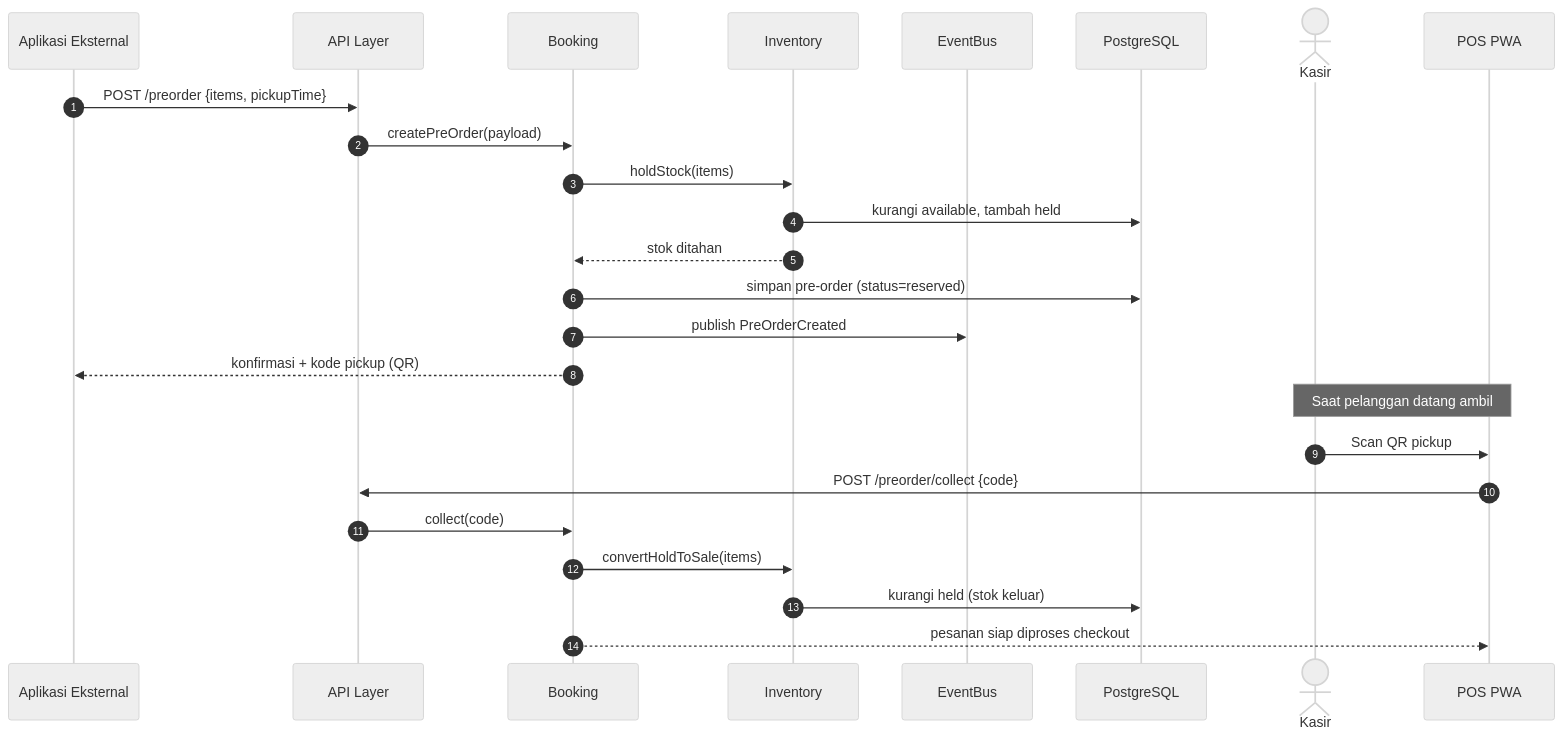
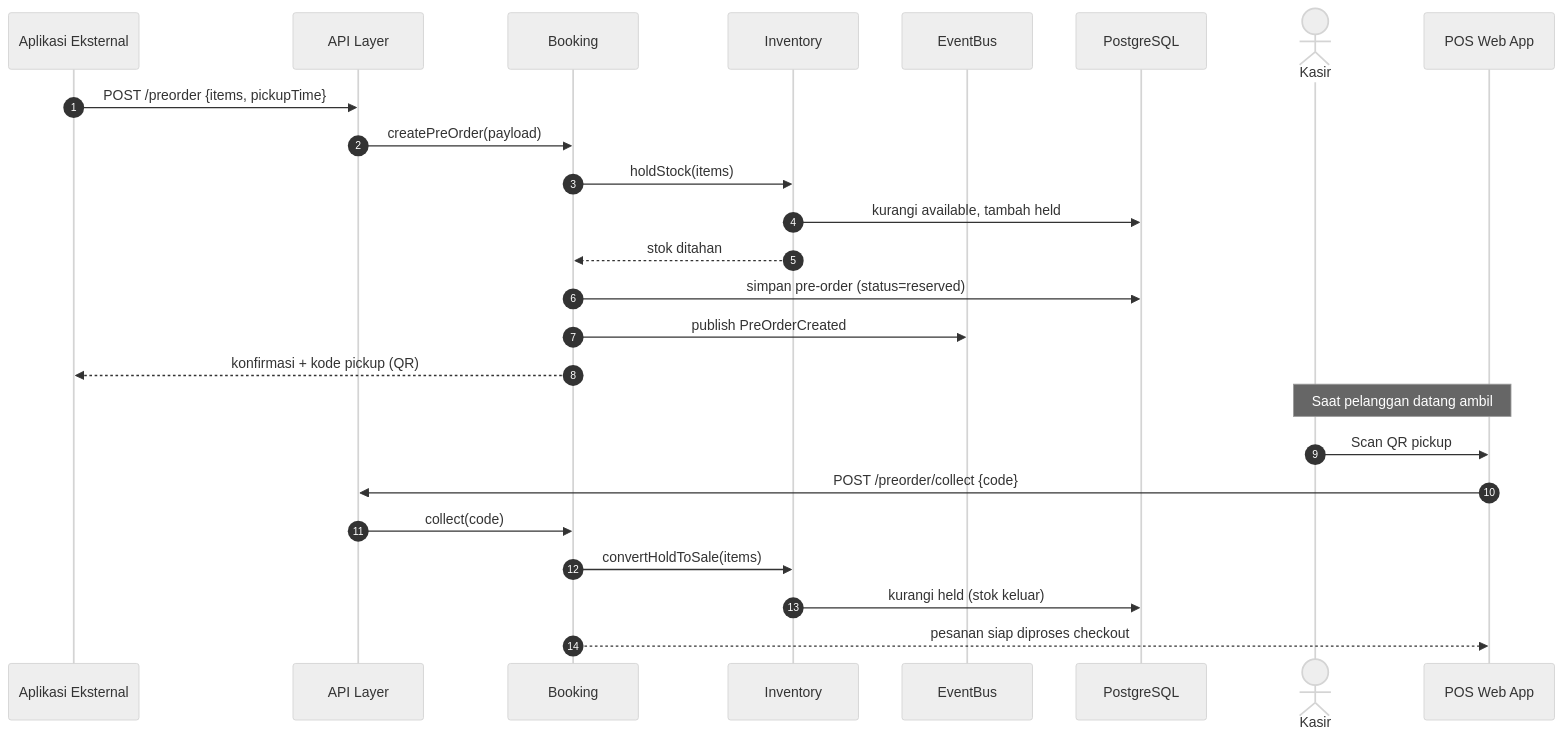
One commit to whaone/POS2026 changed diagram 25 of 31 in Sequence_Diagram.md. Above: the diagram before and after it, drawn with Mermaid (neutral theme). The commit also changed other lines of this file and 3 other files, not shown here.

````diff
--- a/Sequence_Diagram.md
+++ b/Sequence_Diagram.md
@@ -793,29 +852,29 @@
 ```mermaid
 sequenceDiagram
     autonumber
     participant EXT as Aplikasi Eksternal
     participant API as API Layer
     participant BOK as Booking
     participant INV as Inventory
     participant BUS as EventBus
     participant DB as PostgreSQL
     actor Kasir
-    participant PWA as POS PWA
+    participant POS as POS Web App
  
     EXT->>API: POST /preorder {items, pickupTime}
     API->>BOK: createPreOrder(payload)
     BOK->>INV: holdStock(items)
     INV->>DB: kurangi available, tambah held
     INV-->>BOK: stok ditahan
     BOK->>DB: simpan pre-order (status=reserved)
     BOK->>BUS: publish PreOrderCreated
     BOK-->>EXT: konfirmasi + kode pickup (QR)
  
-    Note over Kasir,PWA: Saat pelanggan datang ambil
-    Kasir->>PWA: Scan QR pickup
-    PWA->>API: POST /preorder/collect {code}
+    Note over Kasir,POS: Saat pelanggan datang ambil
+    Kasir->>POS: Scan QR pickup
+    POS->>API: POST /preorder/collect {code}
     API->>BOK: collect(code)
     BOK->>INV: convertHoldToSale(items)
     INV->>DB: kurangi held (stok keluar)
-    BOK-->>PWA: pesanan siap diproses checkout
+    BOK-->>POS: pesanan siap diproses checkout
 ```
````
